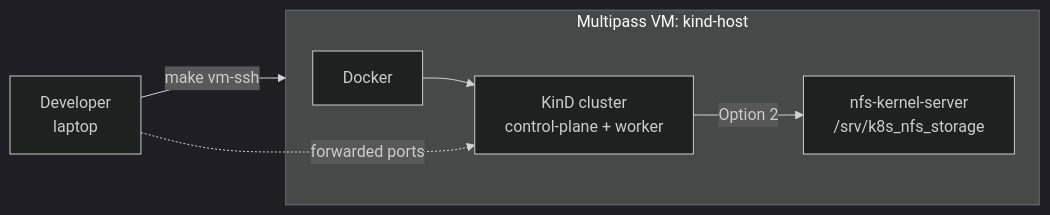
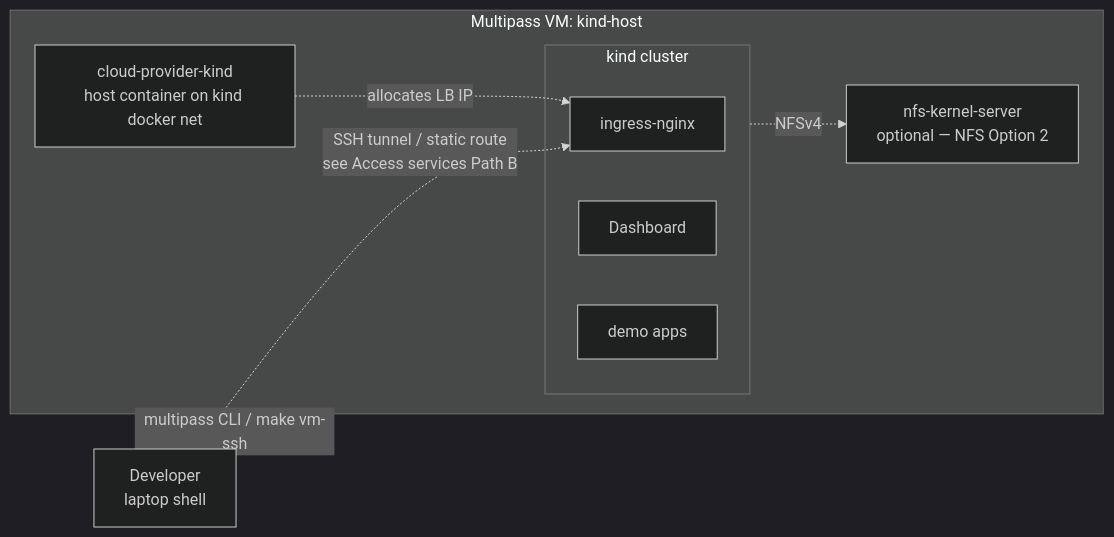
One commit to AndriyKalashnykov/kind-cluster changed the fourth of 4 diagrams in README.md. Above: the diagram before and after it, drawn with Mermaid (dark theme).

Commit message:
docs: richer Multipass VM diagram — nested subgraph, named components
Original diagram was a correct but generic Docker → KinD → NFS chain. Post
LB rework, there's more to show: ingress-nginx, the cloud-provider-kind
host container (which runs ALONGSIDE the cluster on the kind docker net,
not inside), and the optional NFS server are all distinct components
worth naming.

Nested subgraphs (kind cluster inside Multipass VM) mirror the style
introduced in the NFS diagrams. Dotted arrows label the "LB IP
allocation" and "NFSv4" wires explicitly so the reader can match the
diagram against install-all's script sequence.

````diff
--- a/README.md
+++ b/README.md
@@ -190,11 +190,17 @@
 ```mermaid
 flowchart LR
-    DEV[Developer<br/>laptop]
-    subgraph VM[Multipass VM: kind-host]
-      D[Docker] --> K[KinD cluster<br/>control-plane + worker]
-      NFS[nfs-kernel-server<br/>/srv/k8s_nfs_storage]
-      K -->|Option 2| NFS
+    DEV[Developer<br/>laptop shell]
+    subgraph vm[Multipass VM: kind-host]
+        subgraph cluster[kind cluster]
+            ING[ingress-nginx]
+            DASH[Dashboard]
+            APPS[demo apps]
+        end
+        LB[cloud-provider-kind<br/>host container on kind docker net]
+        NFS[nfs-kernel-server<br/>optional — NFS Option 2]
+        LB -.allocates LB IP.-> ING
+        cluster -.NFSv4.-> NFS
     end
-    DEV -->|make vm-ssh| VM
-    DEV -.forwarded ports.-> K
+    DEV -->|multipass CLI / make vm-ssh| vm
+    DEV -.->|SSH tunnel / static route<br/>see Access services Path B| ING
 ```
````
